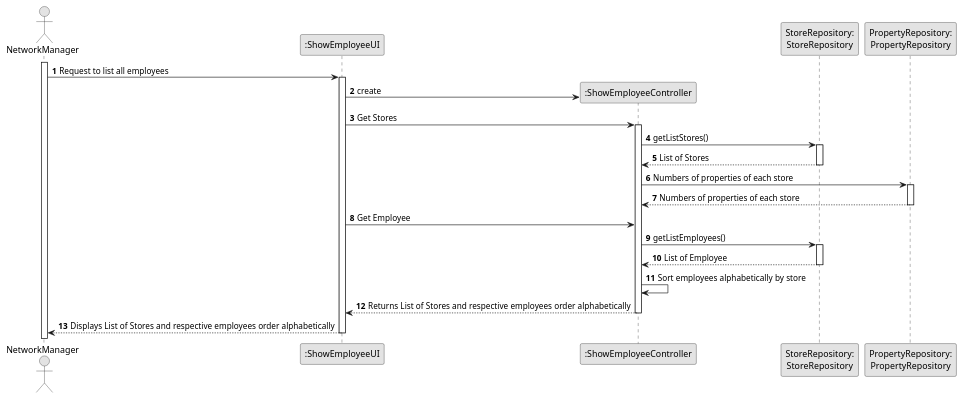
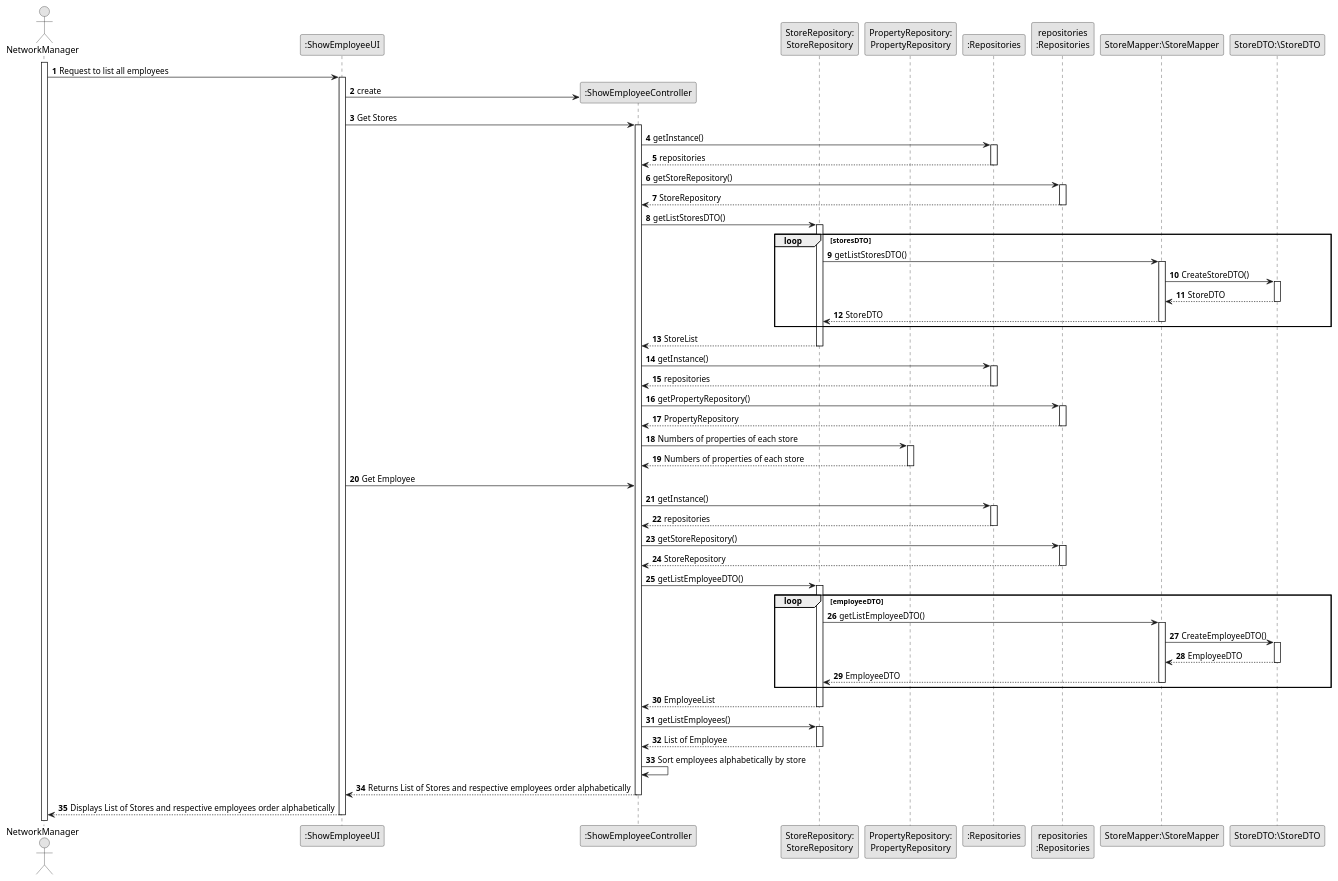
Before and after one commit to hugosilva2901/lei-22-s2-1DO-g68: the diagram in lei-22-s2-1do-g68/docs/SprintC/us013/03.design/puml/us013-sequence-diagram-full.puml, drawn with PlantUML. The commit also changed 23 other files, not shown here.

Commit message:
Us011, Us013 Update Diagrams and Readme

```diff
--- a/lei-22-s2-1do-g68/docs/SprintC/us013/03.design/puml/us013-sequence-diagram-full.puml
+++ b/lei-22-s2-1do-g68/docs/SprintC/us013/03.design/puml/us013-sequence-diagram-full.puml
@@ -1,64 +1,122 @@
 @startuml
 skinparam monochrome true
 skinparam packageStyle rectangle
 skinparam shadowing false
 
 autonumber
 
 'hide footbox
 actor "NetworkManager" as nm
 participant ":ShowEmployeeUI" as UI
 participant ":ShowEmployeeController" as CTRL
 participant "StoreRepository:\nStoreRepository" as StoreRepository
 participant "PropertyRepository:\nPropertyRepository" as PropertyRepository
+participant ":Repositories" as RepositorySingleton
+participant "repositories\n:Repositories" as PLAT
+participant "StoreMapper:\StoreMapper" as SMapper
+participant "StoreDTO:\StoreDTO" as SDTO
 
 
 activate nm
 
         nm -> UI :  Request to list all employees
         activate UI
 
         UI -> CTRL** : create
 
         UI -> CTRL : Get Stores
         activate CTRL
 
+CTRL -> RepositorySingleton : getInstance()
+            activate RepositorySingleton
 
+                RepositorySingleton --> CTRL: repositories
+            deactivate RepositorySingleton
 
+            CTRL -> PLAT : getStoreRepository()
+            activate PLAT
 
-CTRL -> StoreRepository: getListStores()
-         activate StoreRepository
+            PLAT --> CTRL: StoreRepository
+            deactivate PLAT
 
-         StoreRepository --> CTRL: List of Stores
+CTRL -> StoreRepository : getListStoresDTO()
+            loop storesDTO
+            activate StoreRepository
+              StoreRepository->SMapper:getListStoresDTO()
+            activate SMapper
 
-         deactivate StoreRepository
+            SMapper->SDTO:CreateStoreDTO()
+
+            activate SDTO
+            SDTO-->SMapper:StoreDTO
+            deactivate SDTO
+            SMapper-->StoreRepository:StoreDTO
+            deactivate SMapper
+            end
+                StoreRepository --> CTRL : StoreList
+            deactivate StoreRepository
+
+CTRL -> RepositorySingleton : getInstance()
+            activate RepositorySingleton
+
+                RepositorySingleton --> CTRL: repositories
+            deactivate RepositorySingleton
+
+            CTRL -> PLAT : getPropertyRepository()
+            activate PLAT
+
+            PLAT --> CTRL: PropertyRepository
+            deactivate PLAT
 
          CTRL->PropertyRepository: Numbers of properties of each store
          activate PropertyRepository
+
+
          PropertyRepository-->CTRL:Numbers of properties of each store
          deactivate PropertyRepository
 
          UI->CTRL: Get Employee
+
+CTRL -> RepositorySingleton : getInstance()
+            activate RepositorySingleton
+
+                RepositorySingleton --> CTRL: repositories
+            deactivate RepositorySingleton
+
+            CTRL -> PLAT : getStoreRepository()
+            activate PLAT
+
+            PLAT --> CTRL: StoreRepository
+            deactivate PLAT
+
+CTRL -> StoreRepository : getListEmployeeDTO()
+            loop employeeDTO
+            activate StoreRepository
+             StoreRepository->SMapper:getListEmployeeDTO()
+            activate SMapper
+
+            SMapper->SDTO:CreateEmployeeDTO()
+
+            activate SDTO
+            SDTO-->SMapper:EmployeeDTO
+            deactivate SDTO
+            SMapper-->StoreRepository:EmployeeDTO
+            deactivate SMapper
+            end
+                StoreRepository --> CTRL : EmployeeList
+            deactivate StoreRepository
 
          CTRL->StoreRepository:getListEmployees()
          activate StoreRepository
 
          StoreRepository --> CTRL: List of Employee
          deactivate StoreRepository
 
          CTRL->CTRL:Sort employees alphabetically by store
          CTRL --> UI : Returns List of Stores and respective employees order alphabetically
          deactivate CTRL
          UI-->nm: Displays List of Stores and respective employees order alphabetically
         deactivate UI
 
-'note over CTRL, StoreRepository: Convert to StoreDTO
-'CTRL -> StoreDTO : Convert Store to StoreDTO
-
-'note over CTRL, StoreRepository: Convert to EmployeeDTO
-'CTRL -> EmployeeDTO : Convert Employee to EmployeeDTO
-
-'CTRL --> StoreDTO : Display List of Stores
-'CTRL--> EmployeeDTO : Display List of Employees
 
 @enduml
```
